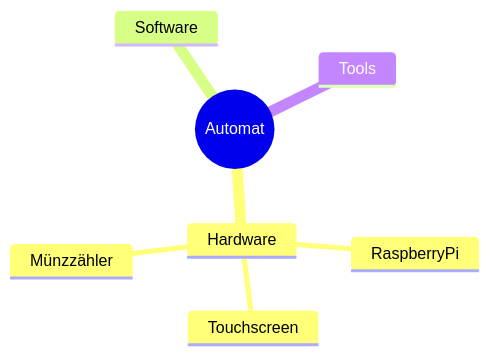
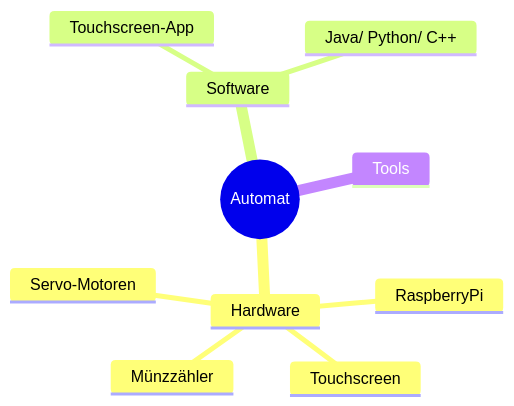
One commit to Darabrob/Projekt_Automat changed the diagram in README.md. Above: the diagram before and after it, drawn with Mermaid.

````diff
--- a/README.md
+++ b/README.md
@@ -3,11 +3,15 @@
 ```mermaid
 mindmap
   root((Automat))
     Hardware
       RaspberryPi
       Touchscreen
       Münzzähler
+      Servo-Motoren
     Software
+      Touchscreen-App
+      Java/ Python/ C++
+      
     Tools
 
 ```
````
